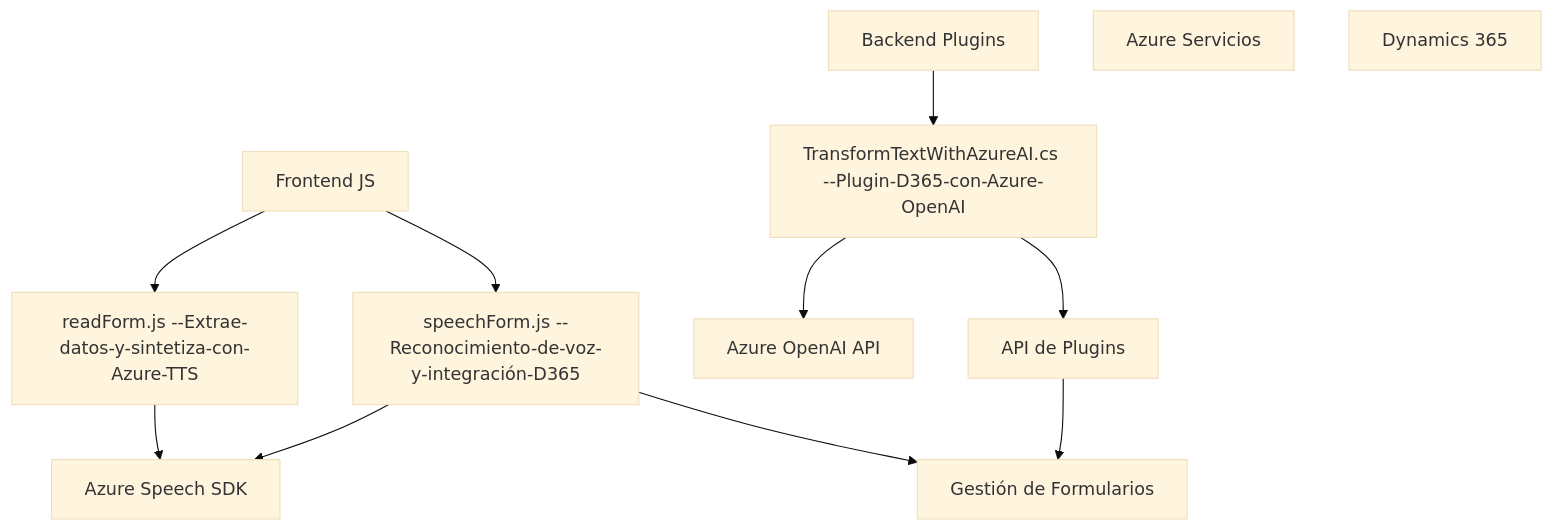
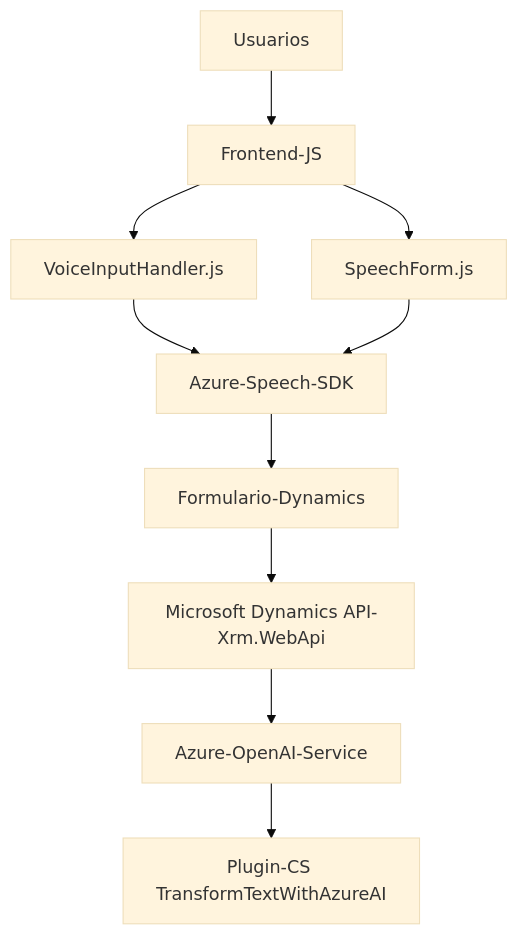
The diagram in README.md (blopezdm/NETCORE_BILBAO2025), drawn with Mermaid (base theme) before and after one commit. The commit also changed other lines of this file, not shown here.

Commit message:
Actualizar análisis global de la solución con IA

````diff
--- a/README.md
+++ b/README.md
@@ -44,29 +37,12 @@
 ```mermaid
 graph TD
-  A["Frontend JS"]
-  A1["readForm.js --Extrae-datos-y-sintetiza-con-Azure-TTS"]
-  A2["speechForm.js --Reconocimiento-de-voz-y-integración-D365"]
-
-  B["Backend Plugins"]
-  B1["TransformTextWithAzureAI.cs --Plugin-D365-con-Azure-OpenAI"]
-
-  C["Azure Servicios"]
-  C1["Azure Speech SDK"]
-  C2["Azure OpenAI API"]
-
-  D["Dynamics 365"]
-  D1["API de Plugins"]
-  D2["Gestión de Formularios"]
-
-  A --> A1
-  A --> A2
-  B --> B1
-
-  A1 --> C1
-  A2 --> C1
-  A2 --> D2
-
-  B1 --> C2
-  B1 --> D1
-  D1 --> D2
+    A["Frontend-JS"] --> B["VoiceInputHandler.js"]
+    A --> C["SpeechForm.js"]
+    B --> D["Azure-Speech-SDK"]
+    C --> D
+    D --> E["Formulario-Dynamics"]
+    E --> F["Microsoft Dynamics API-Xrm.WebApi"]
+    F --> G["Azure-OpenAI-Service"]
+    G --> H["Plugin-CS TransformTextWithAzureAI"]
+    I["Usuarios"] --> A
 ```
````
